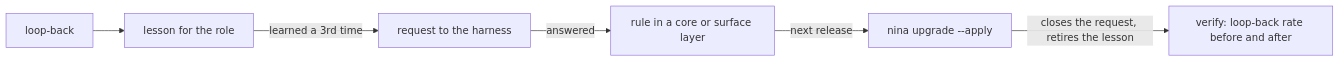
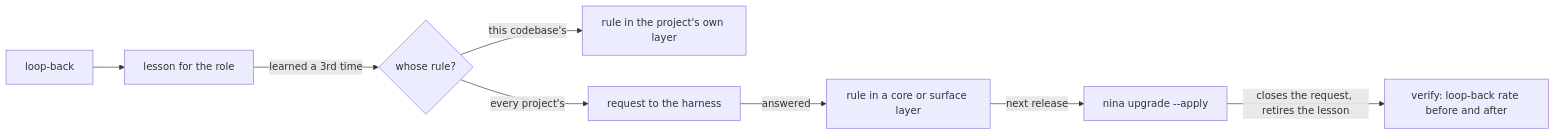
One commit to xhulz/nina changed the fourth of 4 diagrams in README.md. Above: the diagram before and after it, drawn with Mermaid. The commit also changed other lines of this file and 8 other files, not shown here.

First line of the commit message:
Graduate a lesson where its project says: a rule of its own, or a request to the harness

````diff
--- a/README.md
+++ b/README.md
@@ -278,8 +278,10 @@
 ```mermaid
 flowchart LR
     A["loop-back"] --> B["lesson for the role"]
-    B -->|"learned a 3rd time"| C["request to the harness"]
+    B -->|"learned a 3rd time"| G{"whose rule?"}
+    G -->|"this codebase's"| H["rule in the project's own layer"]
+    G -->|"every project's"| C["request to the harness"]
     C -->|"answered"| D["rule in a core or surface layer"]
     D -->|"next release"| E["nina upgrade --apply"]
     E -->|"closes the request, retires the lesson"| F["verify: loop-back rate before and after"]
 ```
````
